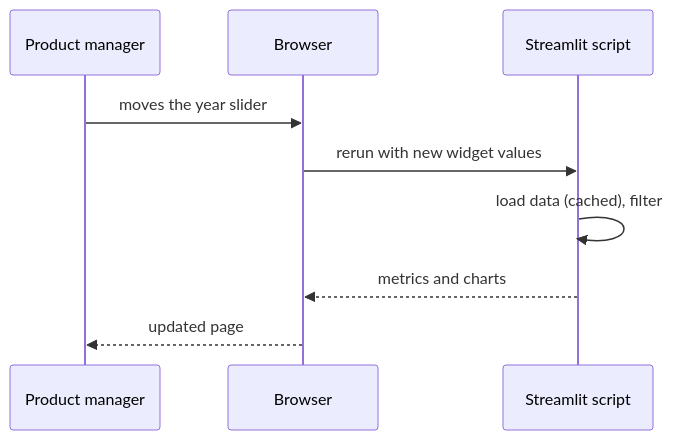
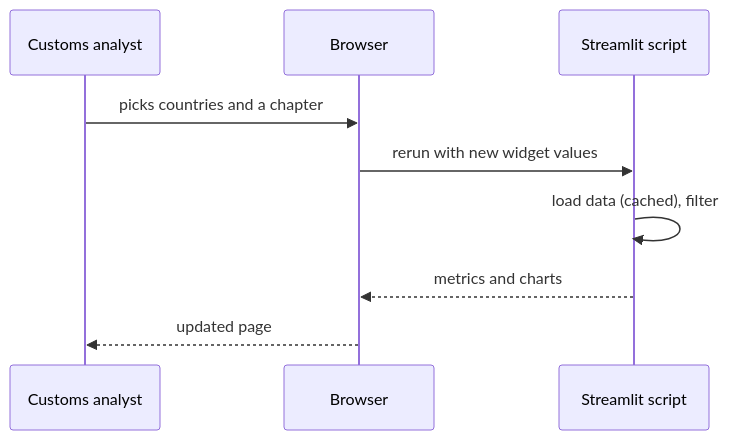
Before and after one commit to khoadaniel/statistical-programming-mpmd-htw-ws-2026: the second of 2 diagrams in sessions/05-eda-and-statistics/theory/04-correlation-and-communication.md, drawn with Mermaid. The commit also changed other lines of this file and 268 other files, not shown here.

````diff
--- a/sessions/05-eda-and-statistics/theory/04-correlation-and-communication.md
+++ b/sessions/05-eda-and-statistics/theory/04-correlation-and-communication.md
@@ -220,11 +222,11 @@
 ```mermaid
 sequenceDiagram
-    participant U as Product manager
+    participant U as Customs analyst
     participant B as Browser
     participant S as Streamlit script
-    U->>B: moves the year slider
+    U->>B: picks countries and a chapter
     B->>S: rerun with new widget values
     S->>S: load data (cached), filter
     S-->>B: metrics and charts
     B-->>U: updated page
 ```
````
